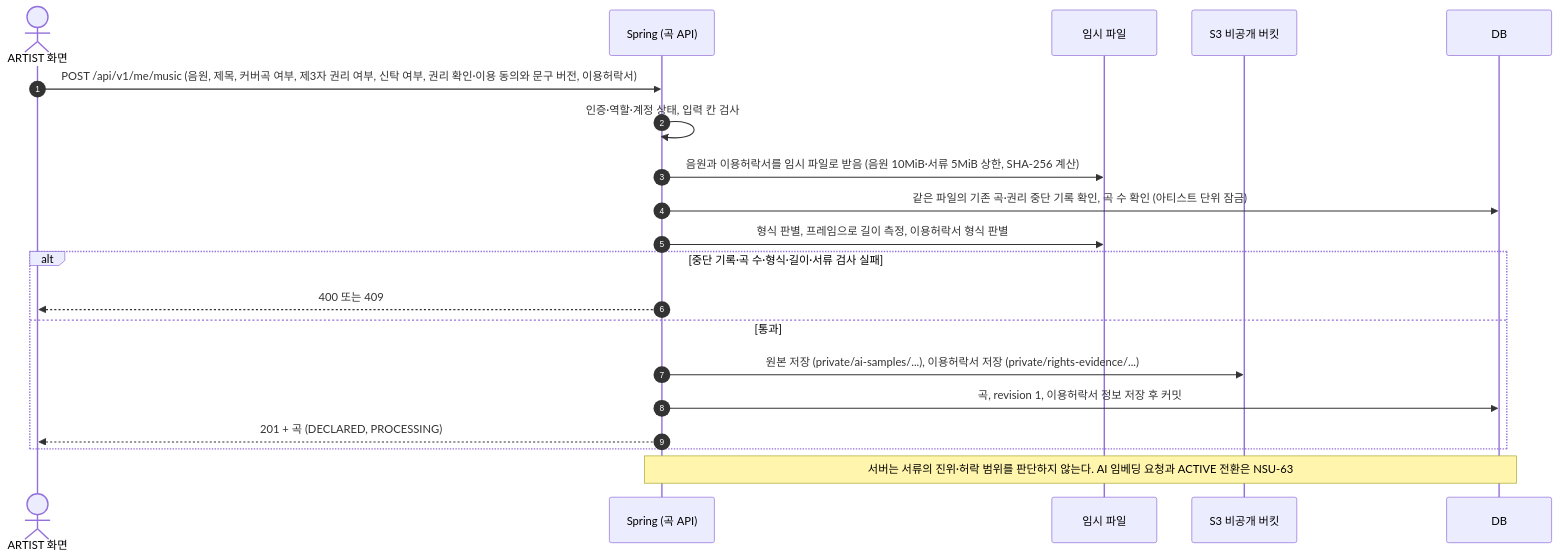
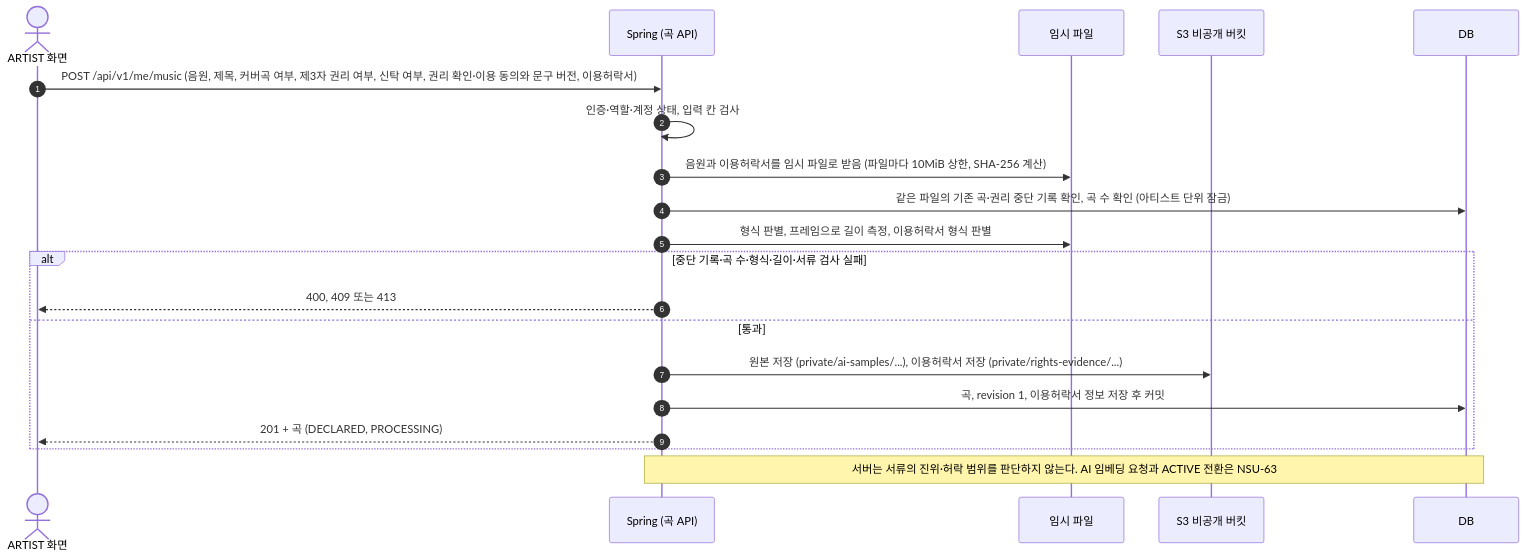
One commit to nsuCapstoneTeam/NSU_CAPSTONE changed the first of 2 diagrams in docs/api/04_music.md. Above: the diagram before and after it, drawn with Mermaid. The commit also changed other lines of this file and 7 other files, not shown here.

````diff
--- a/docs/api/04_music.md
+++ b/docs/api/04_music.md
@@ -83,23 +83,23 @@
 ```mermaid
 sequenceDiagram
     autonumber
     actor A as ARTIST 화면
     participant S as Spring (곡 API)
     participant T as 임시 파일
     participant B as S3 비공개 버킷
     participant D as DB
 
     A->>S: POST /api/v1/me/music (음원, 제목, 커버곡 여부, 제3자 권리 여부, 신탁 여부, 권리 확인·이용 동의와 문구 버전, 이용허락서)
     S->>S: 인증·역할·계정 상태, 입력 칸 검사
-    S->>T: 음원과 이용허락서를 임시 파일로 받음 (음원 10MiB·서류 5MiB 상한, SHA-256 계산)
+    S->>T: 음원과 이용허락서를 임시 파일로 받음 (파일마다 10MiB 상한, SHA-256 계산)
     S->>D: 같은 파일의 기존 곡·권리 중단 기록 확인, 곡 수 확인 (아티스트 단위 잠금)
     S->>T: 형식 판별, 프레임으로 길이 측정, 이용허락서 형식 판별
     alt 중단 기록·곡 수·형식·길이·서류 검사 실패
-        S-->>A: 400 또는 409
+        S-->>A: 400, 409 또는 413
     else 통과
         S->>B: 원본 저장 (private/ai-samples/...), 이용허락서 저장 (private/rights-evidence/...)
         S->>D: 곡, revision 1, 이용허락서 정보 저장 후 커밋
         S-->>A: 201 + 곡 (DECLARED, PROCESSING)
     end
     Note over S,D: 서버는 서류의 진위·허락 범위를 판단하지 않는다. AI 임베딩 요청과 ACTIVE 전환은 NSU-63
 ```
````
